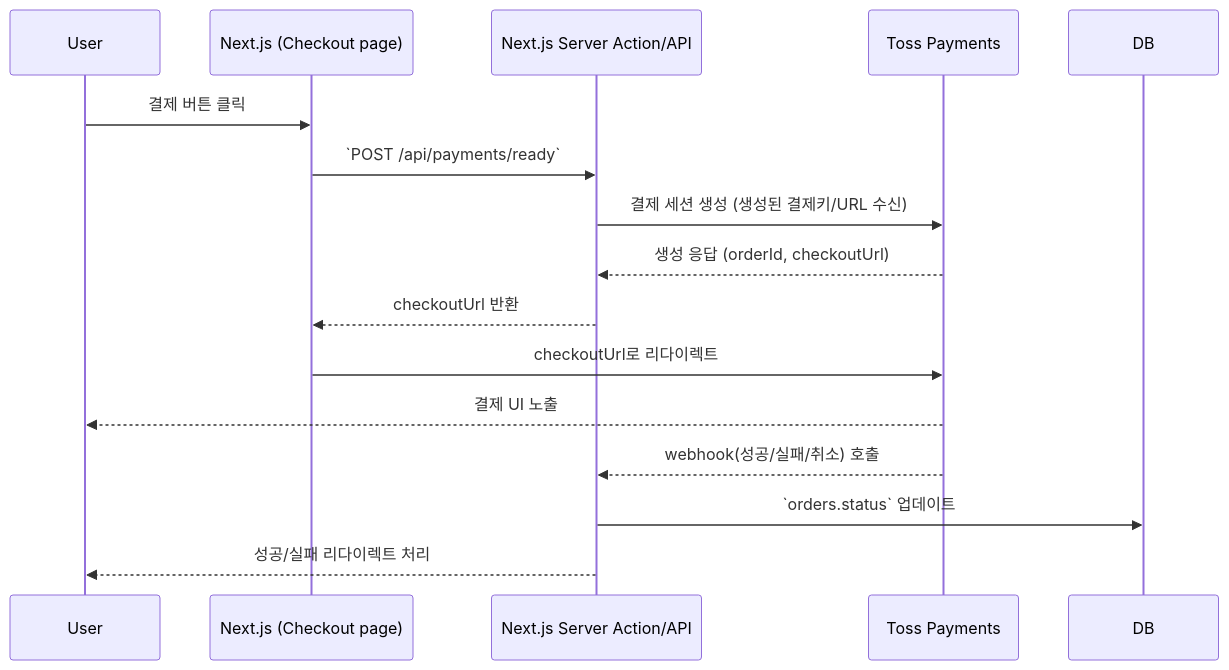
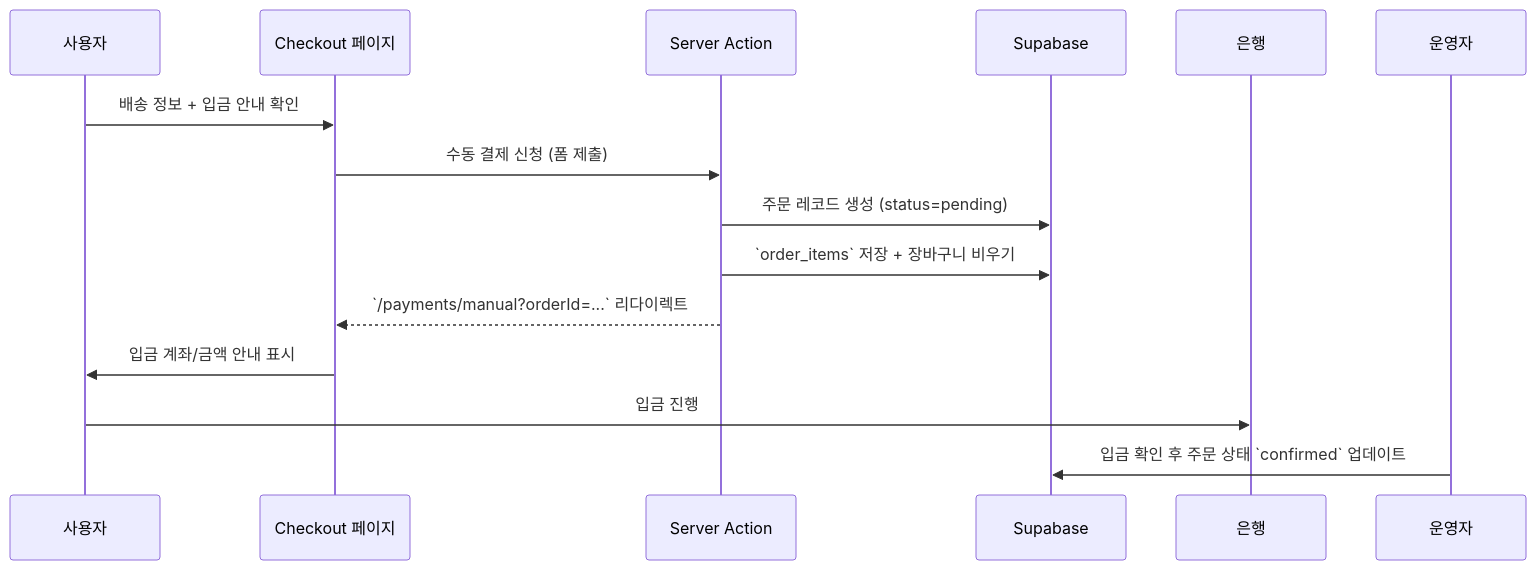
One commit to Kris-Young-Kim/myshoppingmall changed the diagram in docs/payments/toss-payments-plan.md. Above: the diagram before and after it, drawn with Mermaid. The commit also changed other lines of this file and 17 other files, not shown here.

Commit message:
feat: replace Toss payment flow with manual bank transfer

````diff
--- a/docs/payments/toss-payments-plan.md
+++ b/docs/payments/toss-payments-plan.md
@@ -24,18 +11,16 @@
 ```mermaid
 sequenceDiagram
-  participant U as User
-  participant FE as Next.js (Checkout page)
-  participant BE as Next.js Server Action/API
-  participant TP as Toss Payments
+  participant U as 사용자
+  participant FE as Checkout 페이지
+  participant SA as Server Action
+  participant DB as Supabase
 
-  U->>FE: 결제 버튼 클릭
-  FE->>BE: `POST /api/payments/ready`
-  BE->>TP: 결제 세션 생성 (생성된 결제키/URL 수신)
-  TP-->>BE: 생성 응답 (orderId, checkoutUrl)
-  BE-->>FE: checkoutUrl 반환
-  FE->>TP: checkoutUrl로 리다이렉트
-  TP-->>U: 결제 UI 노출
-  TP-->>BE: webhook(성공/실패/취소) 호출
-  BE->>DB: `orders.status` 업데이트
-  BE-->>U: 성공/실패 리다이렉트 처리
+  U->>FE: 배송 정보 + 입금 안내 확인
+  FE->>SA: 수동 결제 신청 (폼 제출)
+  SA->>DB: 주문 레코드 생성 (status=pending)
+  SA->>DB: `order_items` 저장 + 장바구니 비우기
+  SA-->>FE: `/payments/manual?orderId=...` 리다이렉트
+  FE->>U: 입금 계좌/금액 안내 표시
+  U->>은행: 입금 진행
+  운영자->>DB: 입금 확인 후 주문 상태 `confirmed` 업데이트
 ```
````
